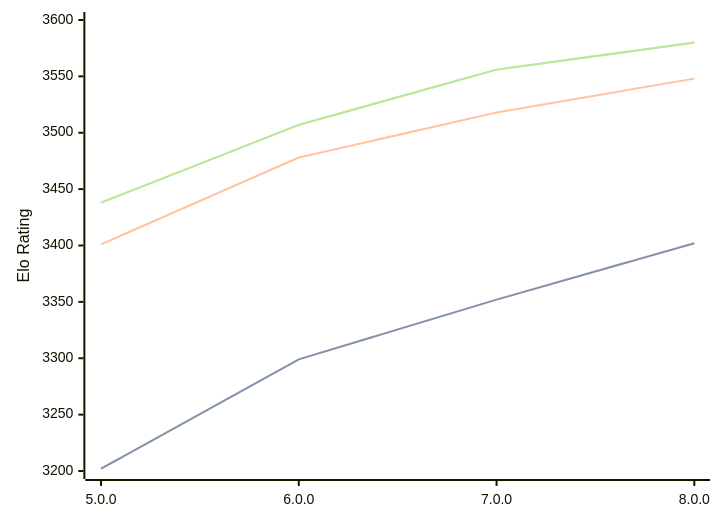
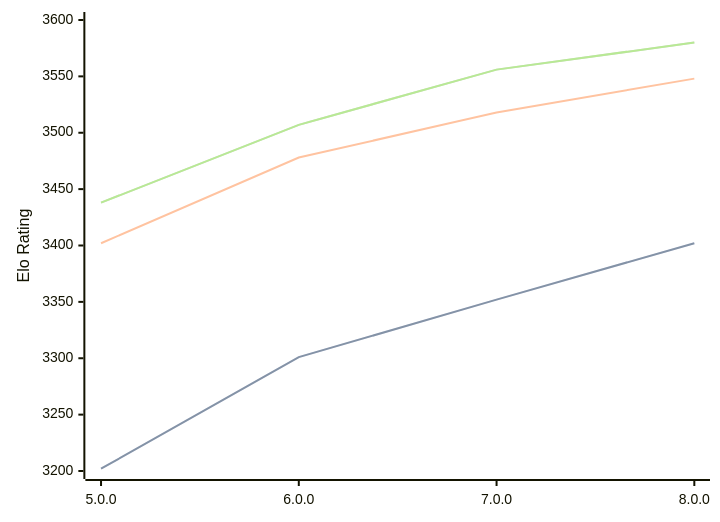
The diagram in engines/Stormphrax.md (computer-chess-index/cci), drawn with Mermaid before and after one commit. The commit also changed other lines of this file, not shown here.

````diff
--- a/engines/Stormphrax.md
+++ b/engines/Stormphrax.md
@@ -34,11 +34,11 @@
 ```mermaid
 %%{init: {"theme":"base","themeVariables":{"seriesColors:['#a3a3a3','#222221','#faa371']}}}%%
 xychart-beta
   x-axis ["5.0.0", "6.0.0", "7.0.0", "8.0.0"]
   y-axis "Elo Rating" 3200 --> 3600
-  line "" [3202, 3299, 3352, 3402]
-  line "STC (8.0+0.08s)" [3202, 3299, 3352, 3402]
-  line "LTC (60.0+0.60s)" [3401, 3478, 3518, 3548]
+  line "" [3202, 3301, 3352, 3402]
+  line "STC (8.0+0.08s)" [3202, 3301, 3352, 3402]
+  line "LTC (60.0+0.60s)" [3402, 3478, 3518, 3548]
   line "" [3438, 3507, 3556, 3580]
   line "VLTC (2m24s+1.12s)" [3438, 3507, 3556, 3580]
 ```
````
